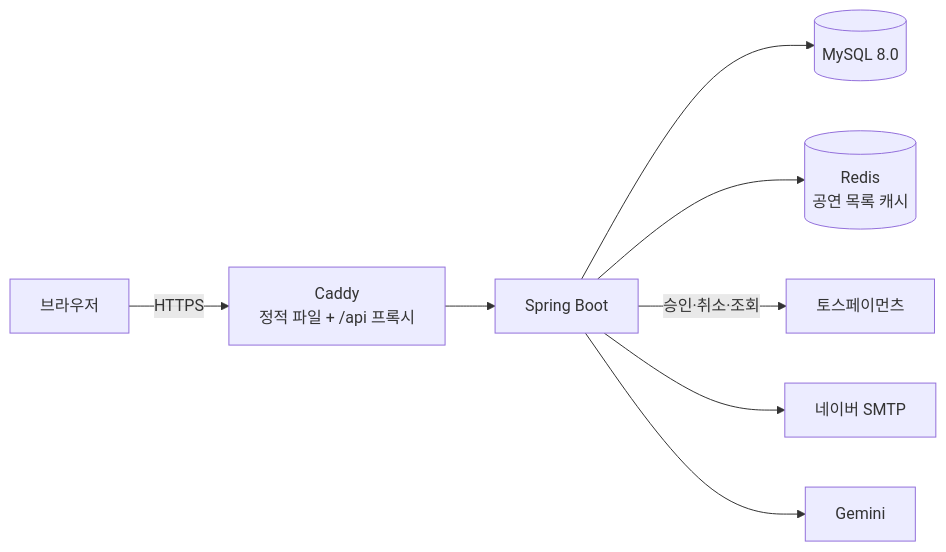
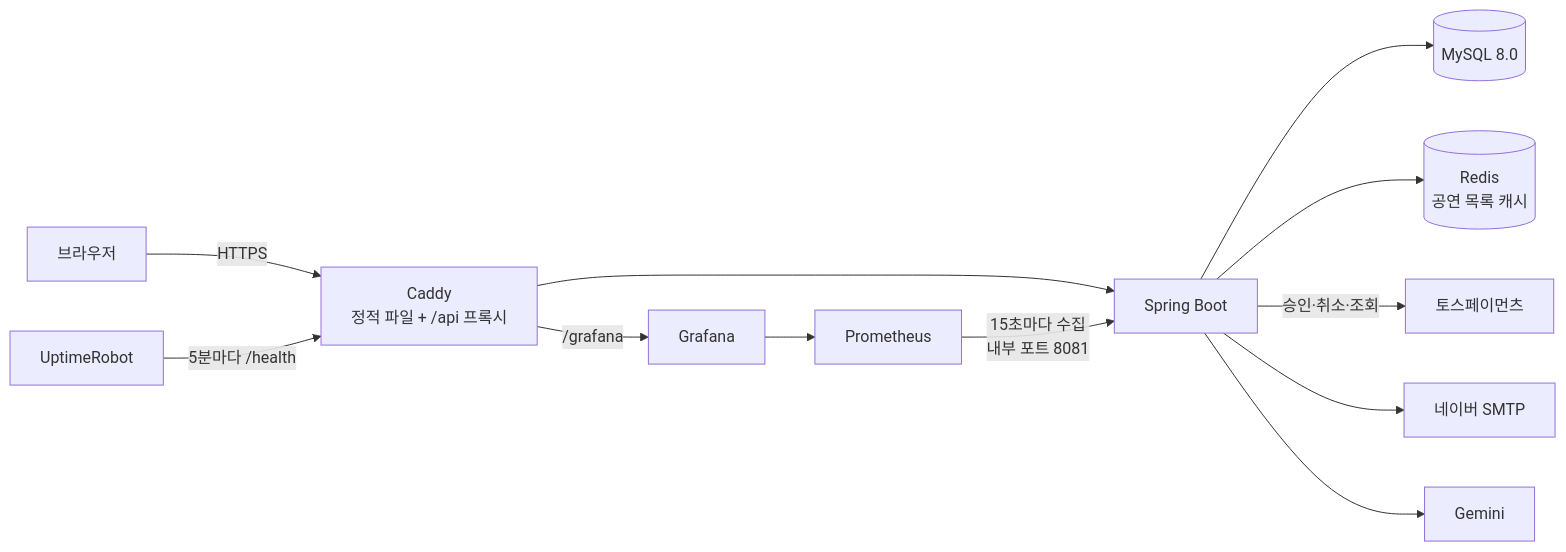
The first of 2 diagrams in README.md (wamddu/Free_Ticket), drawn with Mermaid before and after one commit. The commit also changed other lines of this file, not shown here.

````diff
--- a/README.md
+++ b/README.md
@@ -36,10 +39,13 @@
 ```mermaid
 flowchart LR
     B[브라우저] -->|HTTPS| C[Caddy<br/>정적 파일 + /api 프록시]
     C --> S[Spring Boot]
     S --> M[(MySQL 8.0)]
     S --> R[(Redis<br/>공연 목록 캐시)]
     S -->|승인·취소·조회| T[토스페이먼츠]
     S --> E[네이버 SMTP]
     S --> G[Gemini]
+    P[Prometheus] -->|15초마다 수집<br/>내부 포트 8081| S
+    C -->|/grafana| GF[Grafana] --> P
+    U[UptimeRobot] -->|5분마다 /health| C
 ```
````
